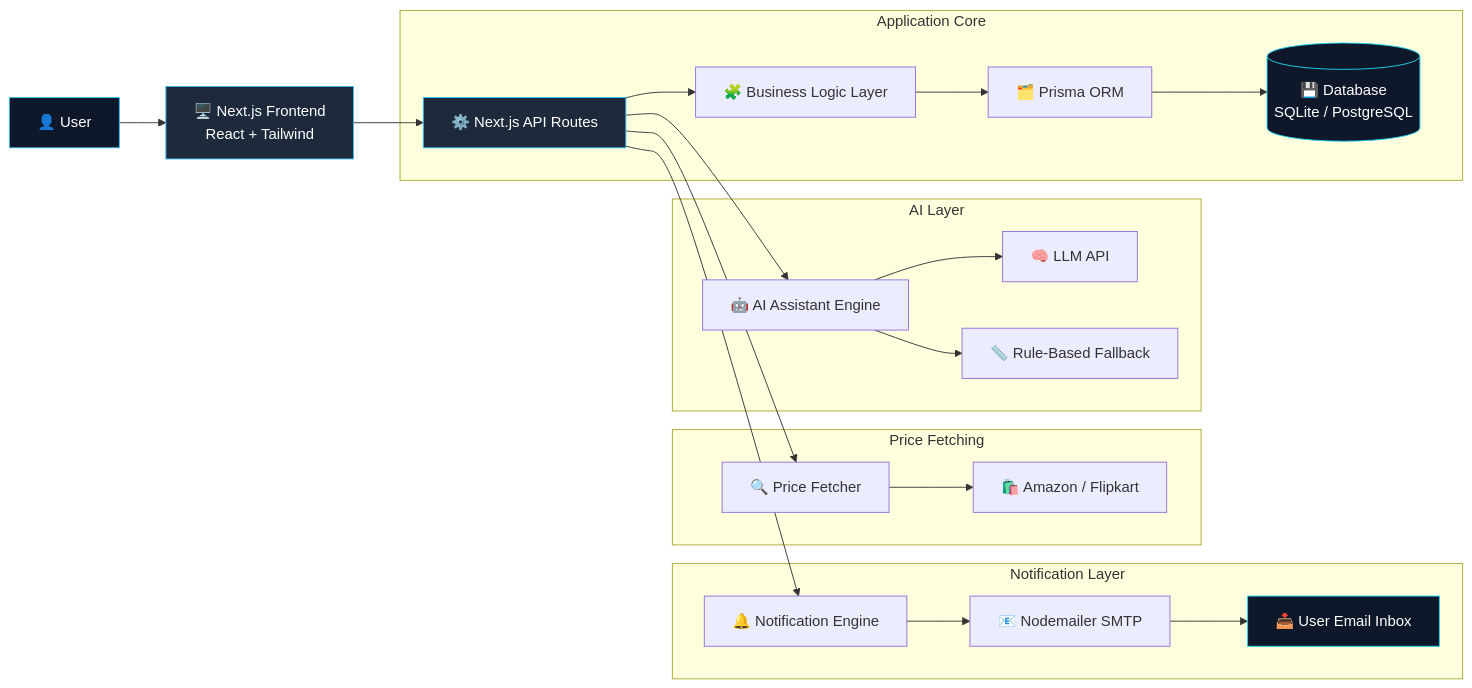
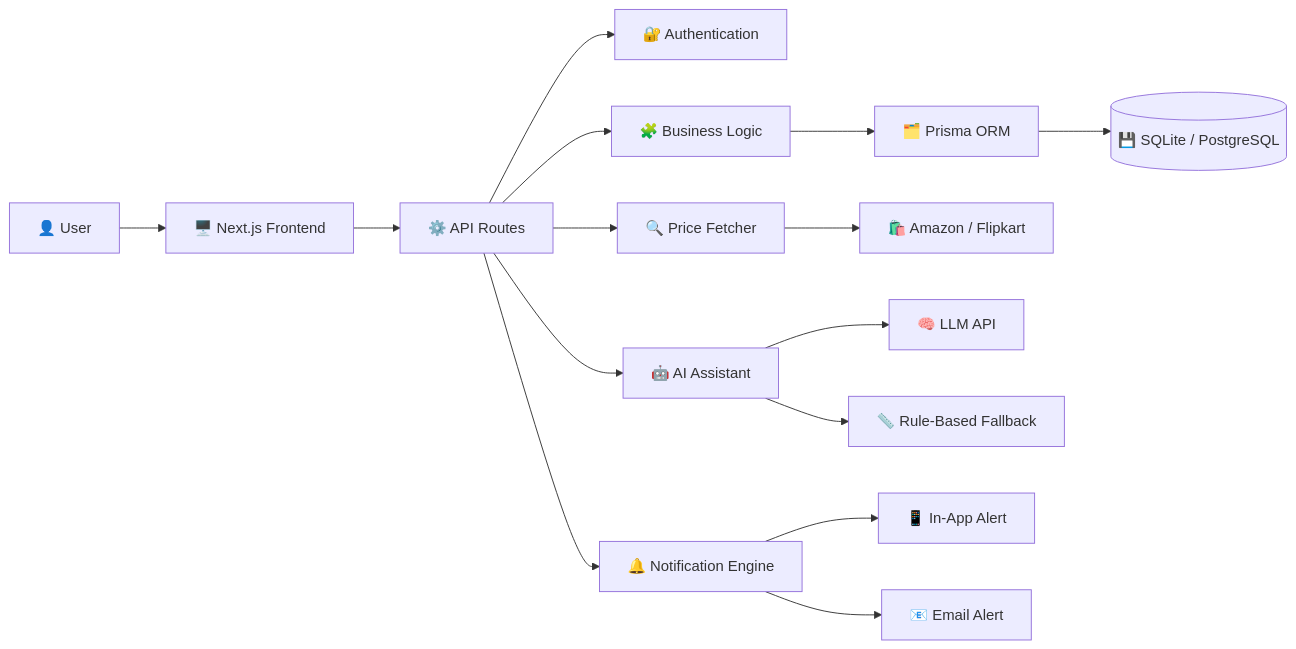
The first of 3 diagrams in README.md (Nithish-code17/pricelytix), drawn with Mermaid before and after one commit. The commit also changed other lines of this file, not shown here.

````diff
--- a/README.md
+++ b/README.md
@@ -246,34 +129,21 @@
 ```mermaid
 flowchart LR
-    U["👤 User"] --> FE["🖥️ Next.js Frontend<br/>React + Tailwind"]
-    FE --> API["⚙️ Next.js API Routes"]
+    U["👤 User"] --> FE["🖥️ Next.js Frontend"]
+    FE --> API["⚙️ API Routes"]
 
-    subgraph Core["Application Core"]
-        API --> BL["🧩 Business Logic Layer"]
-        BL --> ORM["🗂️ Prisma ORM"]
-        ORM --> DB[("💾 Database<br/>SQLite / PostgreSQL")]
-    end
+    API --> AUTH["🔐 Authentication"]
+    API --> LOGIC["🧩 Business Logic"]
+    LOGIC --> ORM["🗂️ Prisma ORM"]
+    ORM --> DB[("💾 SQLite / PostgreSQL")]
 
-    subgraph Scraping["Price Fetching"]
-        API --> PF["🔍 Price Fetcher"]
-        PF --> STORE["🛍️ Amazon / Flipkart"]
-    end
+    API --> FETCHER["🔍 Price Fetcher"]
+    FETCHER --> STORES["🛍️ Amazon / Flipkart"]
 
-    subgraph AI["AI Layer"]
-        API --> AIE["🤖 AI Assistant Engine"]
-        AIE --> LLM["🧠 LLM API"]
-        AIE --> FALL["📏 Rule-Based Fallback"]
-    end
+    API --> AI["🤖 AI Assistant"]
+    AI --> LLM["🧠 LLM API"]
+    AI --> FALLBACK["📏 Rule-Based Fallback"]
 
-    subgraph Notify["Notification Layer"]
-        API --> NE["🔔 Notification Engine"]
-        NE --> MAIL["📧 Nodemailer SMTP"]
-        MAIL --> INBOX["📥 User Email Inbox"]
-    end
-
-    style U fill:#0f172a,stroke:#38bdf8,color:#fff
-    style FE fill:#1e293b,stroke:#38bdf8,color:#fff
-    style API fill:#1e293b,stroke:#38bdf8,color:#fff
-    style DB fill:#0f172a,stroke:#22d3ee,color:#fff
-    style INBOX fill:#0f172a,stroke:#22d3ee,color:#fff
+    API --> ALERTS["🔔 Notification Engine"]
+    ALERTS --> APP["📱 In-App Alert"]
+    ALERTS --> EMAIL["📧 Email Alert"]
 ```
````
